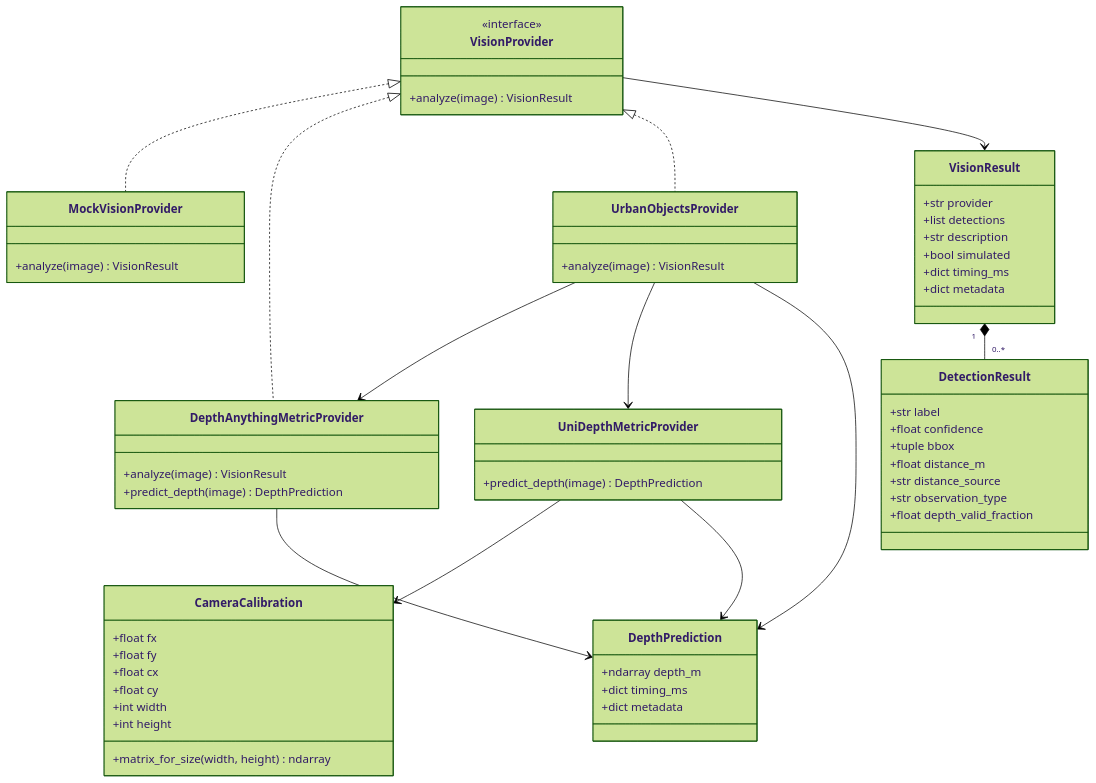
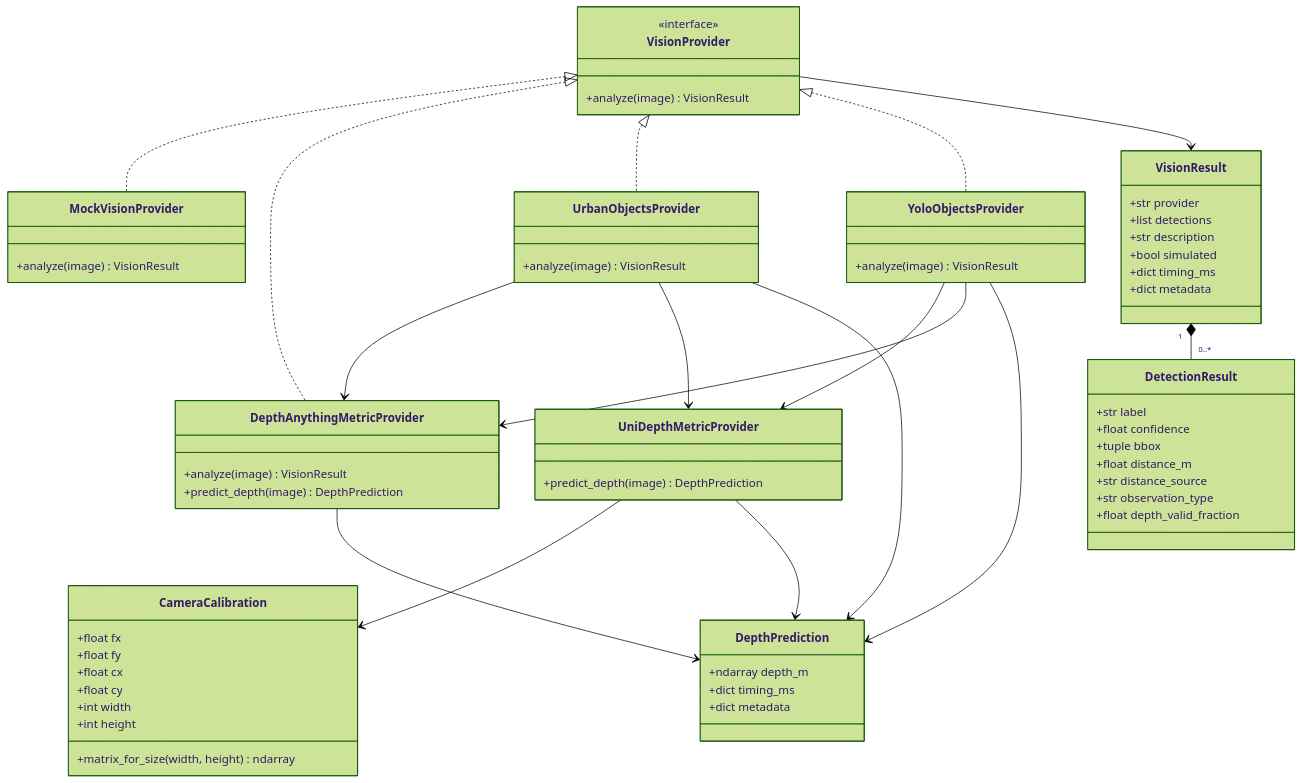
One commit to Mindsept/Looki--Vision changed the first of 9 diagrams in docs/04-vision-et-proximite.md. Above: the diagram before and after it, drawn with Mermaid (forest theme). The commit also changed other lines of this file and 75 other files, not shown here.

````diff
--- a/docs/04-vision-et-proximite.md
+++ b/docs/04-vision-et-proximite.md
@@ -7,62 +9,69 @@
 ```mermaid
 classDiagram
     class VisionProvider {
         <<interface>>
         +analyze(image) VisionResult
     }
     class MockVisionProvider {
         +analyze(image) VisionResult
     }
     class DepthAnythingMetricProvider {
         +analyze(image) VisionResult
         +predict_depth(image) DepthPrediction
     }
     class UrbanObjectsProvider {
+        +analyze(image) VisionResult
+    }
+    class YoloObjectsProvider {
         +analyze(image) VisionResult
     }
     class UniDepthMetricProvider {
         +predict_depth(image) DepthPrediction
     }
     class DepthPrediction {
         +ndarray depth_m
         +dict timing_ms
         +dict metadata
     }
     class CameraCalibration {
         +float fx
         +float fy
         +float cx
         +float cy
         +int width
         +int height
         +matrix_for_size(width, height) ndarray
     }
     class VisionResult {
         +str provider
         +list detections
         +str description
         +bool simulated
         +dict timing_ms
         +dict metadata
     }
     class DetectionResult {
         +str label
         +float confidence
         +tuple bbox
         +float distance_m
         +str distance_source
         +str observation_type
         +float depth_valid_fraction
     }
     VisionProvider <|.. MockVisionProvider
     VisionProvider <|.. DepthAnythingMetricProvider
     VisionProvider <|.. UrbanObjectsProvider
+    VisionProvider <|.. YoloObjectsProvider
+    YoloObjectsProvider --> UniDepthMetricProvider
+    YoloObjectsProvider --> DepthAnythingMetricProvider
+    YoloObjectsProvider --> DepthPrediction
     UrbanObjectsProvider --> DepthAnythingMetricProvider
     UrbanObjectsProvider --> UniDepthMetricProvider
     UniDepthMetricProvider --> CameraCalibration
     UniDepthMetricProvider --> DepthPrediction
     DepthAnythingMetricProvider --> DepthPrediction
     UrbanObjectsProvider --> DepthPrediction
     VisionProvider --> VisionResult
     VisionResult "1" *-- "0..*" DetectionResult
 ```
````
